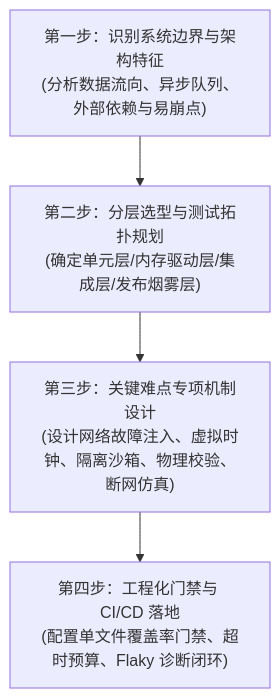
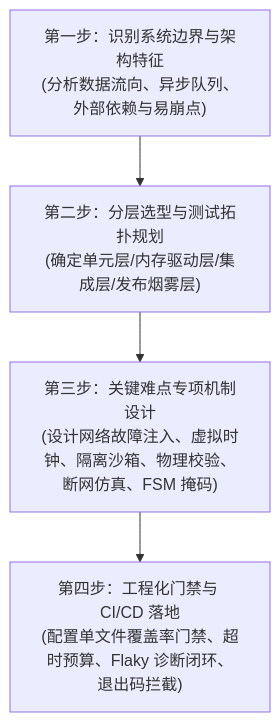
The diagram in README.md (wangtester/open-source-test-schemes), drawn with Mermaid before and after one commit. The commit also changed other lines of this file and 21 other files, not shown here.

````diff
--- a/README.md
+++ b/README.md
@@ -164,6 +220,6 @@
 ```mermaid
 flowchart TD
     A["第一步：识别系统边界与架构特征<br/>(分析数据流向、异步队列、外部依赖与易崩点)"] --> B["第二步：分层选型与测试拓扑规划<br/>(确定单元层/内存驱动层/集成层/发布烟雾层)"]
-    B --> C["第三步：关键难点专项机制设计<br/>(设计网络故障注入、虚拟时钟、隔离沙箱、物理校验、断网仿真)"]
-    C --> D["第四步：工程化门禁与 CI/CD 落地<br/>(配置单文件覆盖率门禁、超时预算、Flaky 诊断闭环)"]
+    B --> C["第三步：关键难点专项机制设计<br/>(设计网络故障注入、虚拟时钟、隔离沙箱、物理校验、断网仿真、FSM 掩码)"]
+    C --> D["第四步：工程化门禁与 CI/CD 落地<br/>(配置单文件覆盖率门禁、超时预算、Flaky 诊断闭环、退出码拦截)"]
 ```
````
